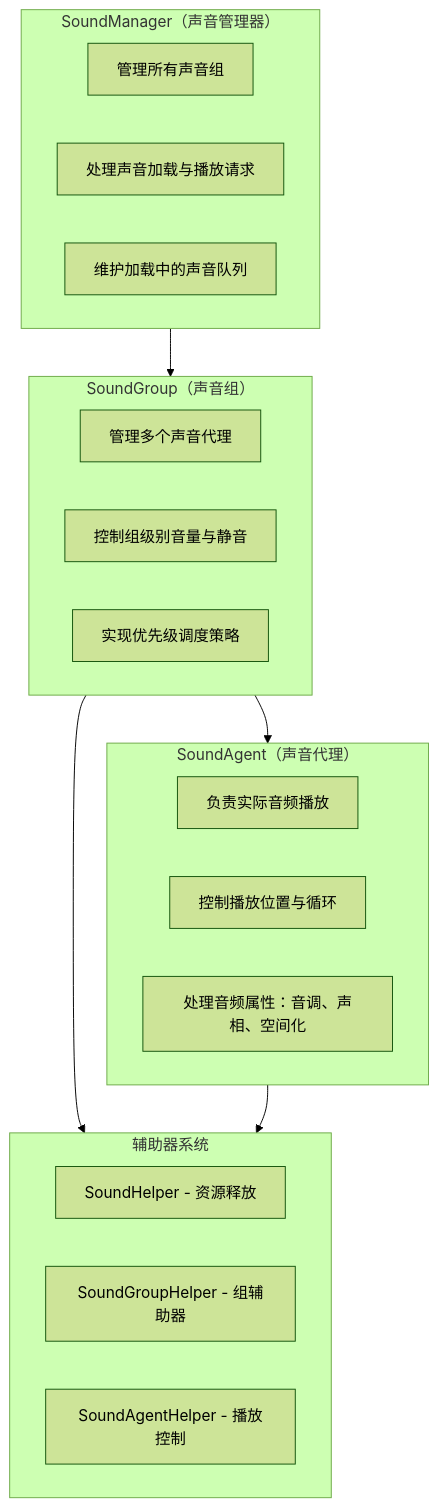
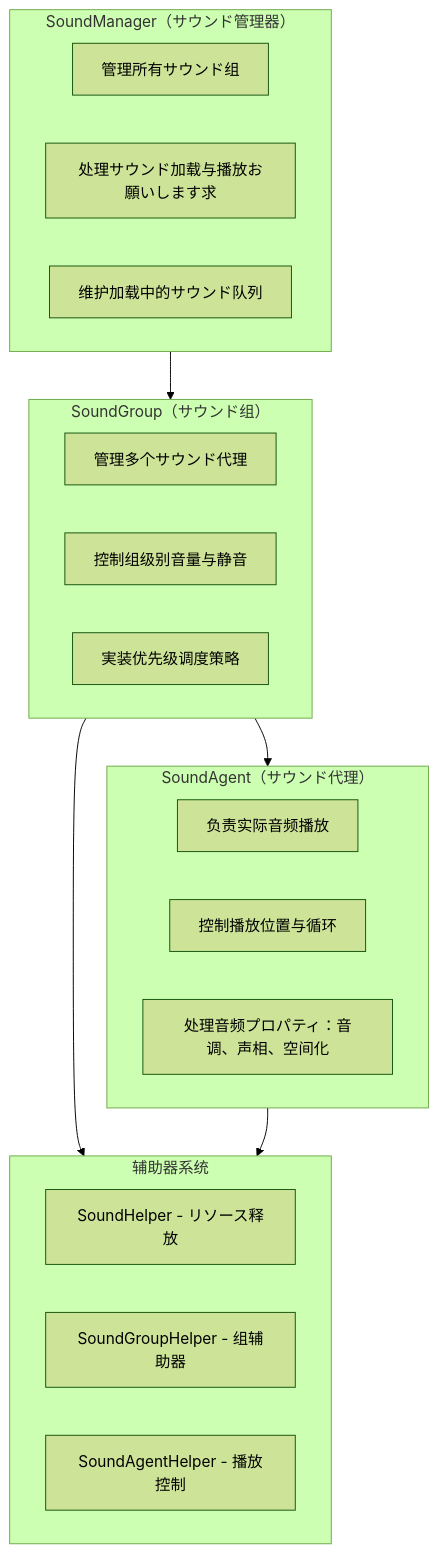
The first of 4 diagrams in docs/ja/client/unity/component/sound/01.overview.md (AlianBlank/GameFrameX.Docs), drawn with Mermaid (forest theme) before and after one commit. The commit also changed other lines of this file and 603 other files, not shown here.

````diff
--- a/docs/ja/client/unity/component/sound/01.overview.md
+++ b/docs/ja/client/unity/component/sound/01.overview.md
@@ -9,31 +9,31 @@
 ```mermaid
 flowchart TB
-    subgraph SoundManager["SoundManager（声音管理器）"]
-        M1["管理所有声音组"]
-        M2["处理声音加载与播放请求"]
-        M3["维护加载中的声音队列"]
+    subgraph SoundManager["SoundManager（サウンド管理器）"]
+        M1["管理所有サウンド组"]
+        M2["处理サウンド加载与播放お願いします求"]
+        M3["维护加载中的サウンド队列"]
     end
 
-    subgraph SoundGroup["SoundGroup（声音组）"]
-        G1["管理多个声音代理"]
+    subgraph SoundGroup["SoundGroup（サウンド组）"]
+        G1["管理多个サウンド代理"]
         G2["控制组级别音量与静音"]
-        G3["实现优先级调度策略"]
+        G3["実装优先级调度策略"]
     end
 
-    subgraph SoundAgent["SoundAgent（声音代理）"]
+    subgraph SoundAgent["SoundAgent（サウンド代理）"]
         A1["负责实际音频播放"]
         A2["控制播放位置与循环"]
-        A3["处理音频属性：音调、声相、空间化"]
+        A3["处理音频プロパティ：音调、声相、空间化"]
     end
 
     subgraph Helper["辅助器系统"]
-        H1["SoundHelper - 资源释放"]
+        H1["SoundHelper - リソース释放"]
         H2["SoundGroupHelper - 组辅助器"]
         H3["SoundAgentHelper - 播放控制"]
     end
 
     SoundManager --> SoundGroup
     SoundGroup --> SoundAgent
     SoundGroup --> Helper
     SoundAgent --> Helper
 ```
````
